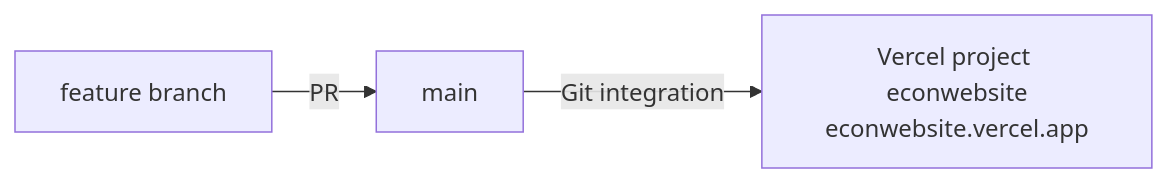
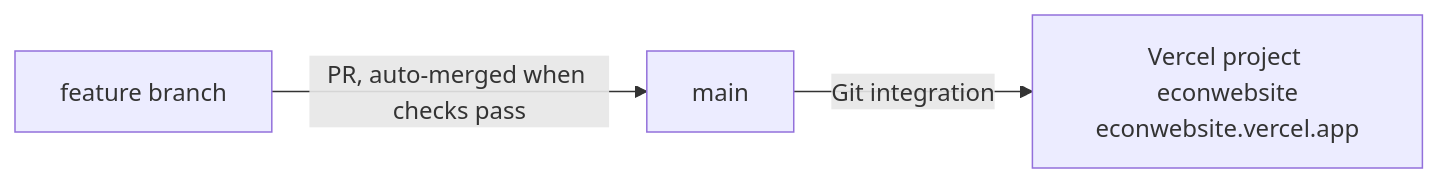
Before and after one commit to AidilFarhan/ECON-TUTOR: the fourth of 4 diagrams in ARCHITECTURE.md, drawn with Mermaid. The commit also changed other lines of this file and 5 other files, not shown here.

````diff
--- a/ARCHITECTURE.md
+++ b/ARCHITECTURE.md
@@ -304,5 +304,5 @@
 ```mermaid
 flowchart LR
-  B[feature branch] -->|PR| MAIN[main]
+  B[feature branch] -->|PR, auto-merged when checks pass| MAIN[main]
   MAIN -->|Git integration| V1[Vercel project econwebsite<br/>econwebsite.vercel.app]
 ```
````
